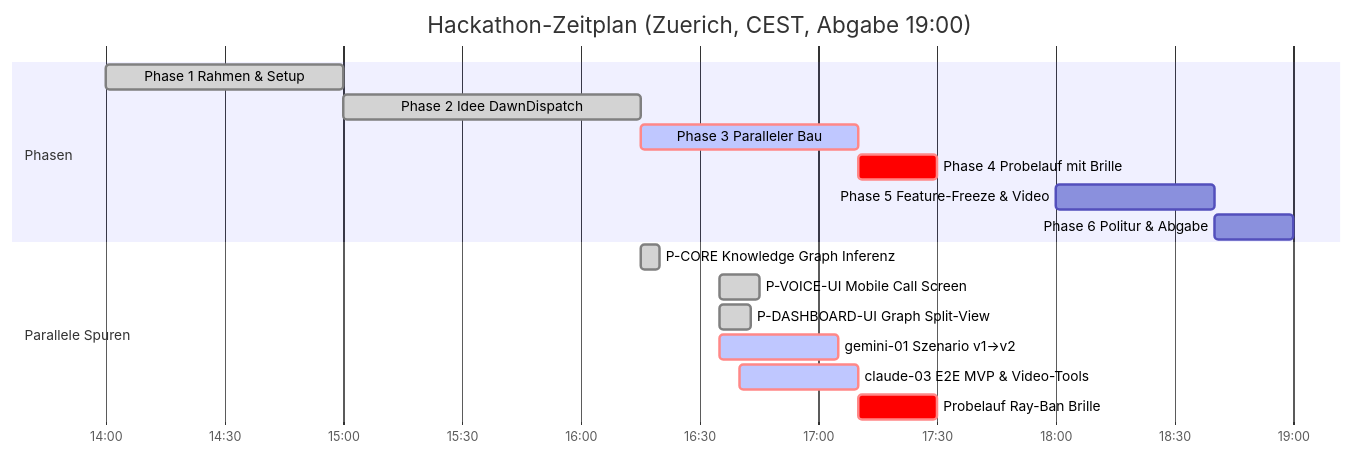
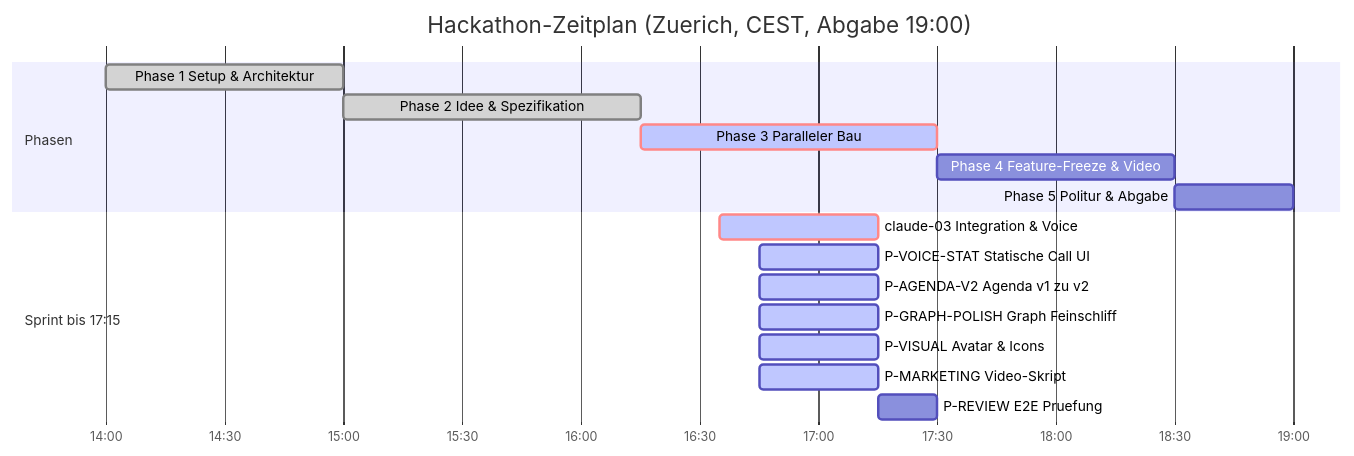
Before and after one commit to Philipp2agent/agentic-hack-google: the diagram in STAND.md, drawn with Mermaid. The commit also changed other lines of this file, not shown here.

Commit message:
docs(stand): Sprint bis 17:15 - claude-03 Integration, Baupakete v1->v2 verteilt

````diff
--- a/STAND.md
+++ b/STAND.md
@@ -24,20 +25,20 @@
 ```mermaid
 gantt
   title Hackathon-Zeitplan (Zuerich, CEST, Abgabe 19:00)
   dateFormat HH:mm
   axisFormat %H:%M
   section Phasen
-  Phase 1 Rahmen & Setup         :done, p1, 14:00, 15:00
-  Phase 2 Idee DawnDispatch      :done, p2, 15:00, 16:15
-  Phase 3 Paralleler Bau         :crit, active, p3, 16:15, 17:10
-  Phase 4 Probelauf mit Brille   :crit, p4, 17:10, 17:30
-  Phase 5 Feature-Freeze & Video :p5, 18:00, 18:40
-  Phase 6 Politur & Abgabe       :p6, 18:40, 19:00
-  section Parallele Spuren
-  P-CORE Knowledge Graph Inferenz   :done, p_core, 16:15, 16:20
-  P-VOICE-UI Mobile Call Screen     :done, p_vui, 16:35, 16:45
-  P-DASHBOARD-UI Graph Split-View   :done, p_dui, 16:35, 16:43
-  gemini-01 Szenario v1->v2         :crit, active, p_gem1, 16:35, 17:05
-  claude-03 E2E MVP & Video-Tools   :crit, active, p_cl3, 16:40, 17:10
-  Probelauf Ray-Ban Brille          :crit, p_probe, 17:10, 17:30
+  Phase 1 Setup & Architektur    :done, p1, 14:00, 15:00
+  Phase 2 Idee & Spezifikation   :done, p2, 15:00, 16:15
+  Phase 3 Paralleler Bau         :crit, active, p3, 16:15, 17:30
+  Phase 4 Feature-Freeze & Video :p4, 17:30, 18:30
+  Phase 5 Politur & Abgabe       :p5, 18:30, 19:00
+  section Sprint bis 17:15
+  claude-03 Integration & Voice  :crit, active, p_cl3, 16:35, 17:15
+  P-VOICE-STAT Statische Call UI :active, p_voi, 16:45, 17:15
+  P-AGENDA-V2 Agenda v1 zu v2    :active, p_ag, 16:45, 17:15
+  P-GRAPH-POLISH Graph Feinschliff :active, p_gr, 16:45, 17:15
+  P-VISUAL Avatar & Icons        :active, p_vis, 16:45, 17:15
+  P-MARKETING Video-Skript       :active, p_mkt, 16:45, 17:15
+  P-REVIEW E2E Pruefung          :p_rev, 17:15, 17:30
 ```
````
